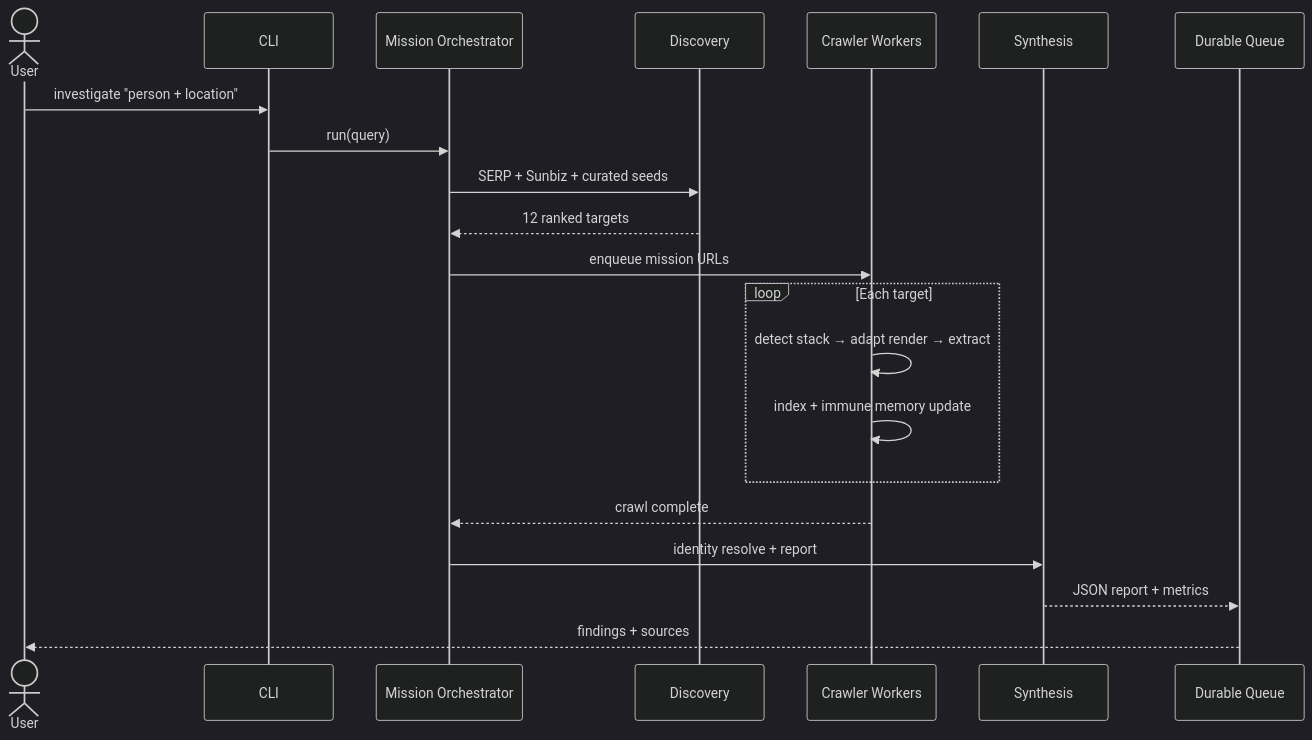
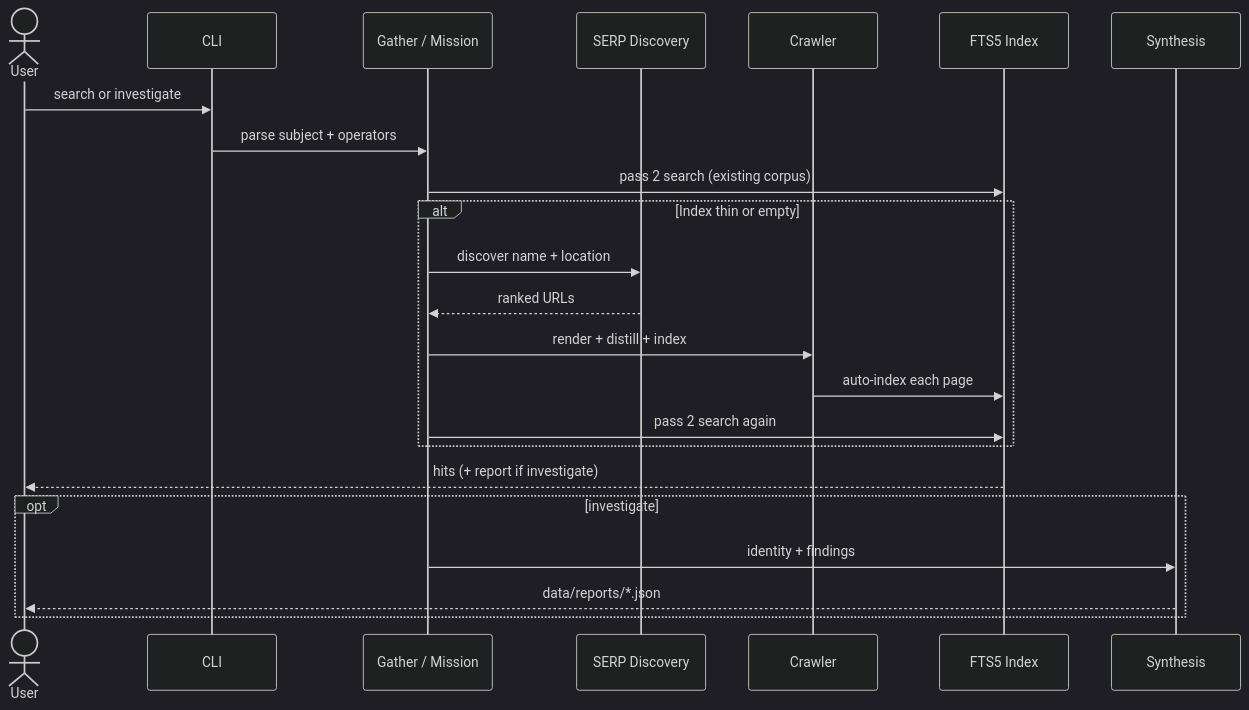
One commit to shep95/zophiel_search_engine.v2 changed the second of 3 diagrams in README.md. Above: the diagram before and after it, drawn with Mermaid (dark theme). The commit also changed other lines of this file and 22 other files, not shown here.

First line of the commit message:
Add international two-pass search with operators and query-driven synthesis.

````diff
--- a/README.md
+++ b/README.md
@@ -116,24 +100,26 @@
 ```mermaid
 sequenceDiagram
     actor User
     participant CLI
-    participant Mission as Mission Orchestrator
-    participant Disc as Discovery
-    participant Crawl as Crawler Workers
+    participant Gather as Gather / Mission
+    participant SERP as SERP Discovery
+    participant Crawl as Crawler
+    participant Index as FTS5 Index
     participant Synth as Synthesis
-    participant Out as Durable Queue
 
-    User->>CLI: investigate "person + location"
-    CLI->>Mission: run(query)
-    Mission->>Disc: SERP + Sunbiz + curated seeds
-    Disc-->>Mission: 12 ranked targets
-    Mission->>Crawl: enqueue mission URLs
-    loop Each target
-        Crawl->>Crawl: detect stack → adapt render → extract
-        Crawl->>Crawl: index + immune memory update
+    User->>CLI: search or investigate
+    CLI->>Gather: parse subject + operators
+    Gather->>Index: pass 2 search (existing corpus)
+    alt Index thin or empty
+        Gather->>SERP: discover name + location
+        SERP-->>Gather: ranked URLs
+        Gather->>Crawl: render + distill + index
+        Crawl->>Index: auto-index each page
+        Gather->>Index: pass 2 search again
     end
-    Crawl-->>Mission: crawl complete
-    Mission->>Synth: identity resolve + report
-    Synth-->>Out: JSON report + metrics
-    Out-->>User: findings + sources
+    Index-->>User: hits (+ report if investigate)
+    opt investigate
+        Gather->>Synth: identity + findings
+        Synth-->>User: data/reports/*.json
+    end
 ```
````
